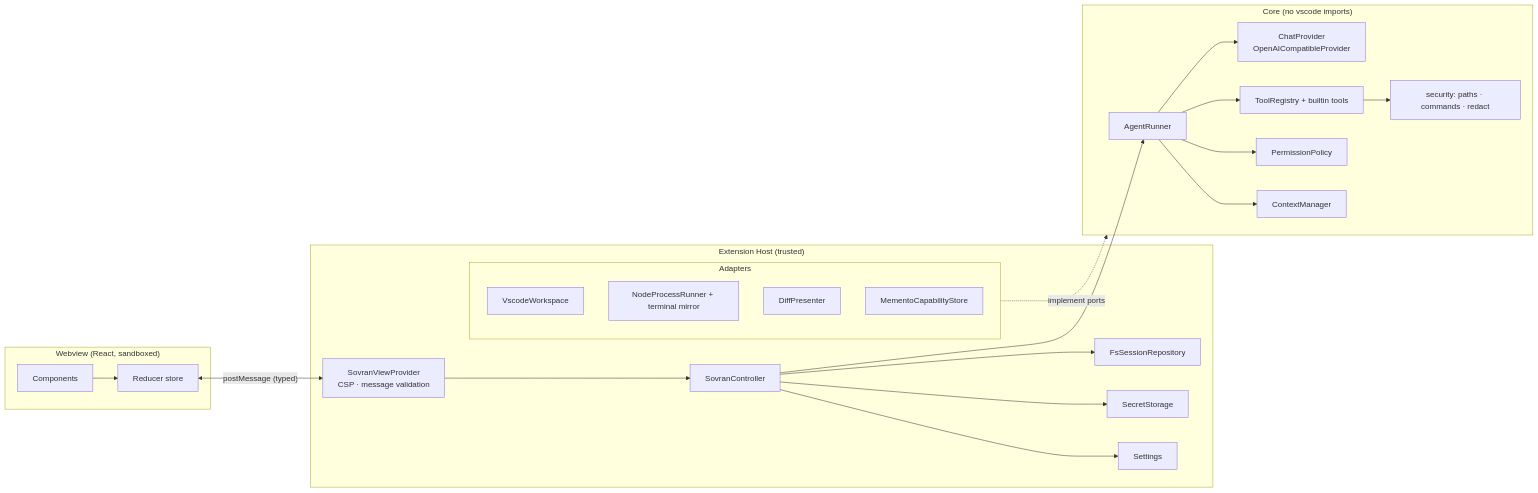
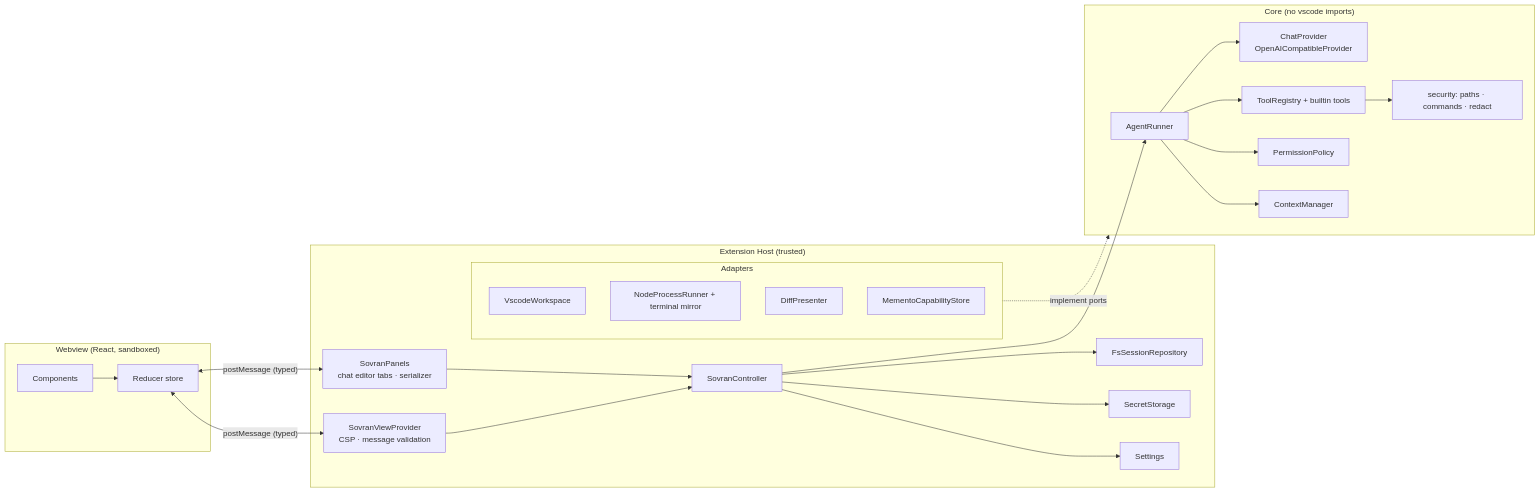
One commit to Minells/Sovran changed the first of 2 diagrams in docs/ARCHITECTURE.md. Above: the diagram before and after it, drawn with Mermaid. The commit also changed other lines of this file and 29 other files, not shown here.

````diff
--- a/docs/ARCHITECTURE.md
+++ b/docs/ARCHITECTURE.md
@@ -18,28 +18,30 @@
 ```mermaid
 flowchart LR
   subgraph Webview["Webview (React, sandboxed)"]
     UI[Components] --> Store[Reducer store]
   end
   subgraph Host["Extension Host (trusted)"]
     VP[SovranViewProvider<br/>CSP · message validation] --> CTRL[SovranController]
+    PN[SovranPanels<br/>chat editor tabs · serializer] --> CTRL
     CTRL --> REPO[FsSessionRepository]
     CTRL --> SEC[SecretStorage]
     CTRL --> CFG[Settings]
     subgraph Adapters
       WS[VscodeWorkspace]
       PR[NodeProcessRunner + terminal mirror]
       DP[DiffPresenter]
       CAP[MementoCapabilityStore]
     end
   end
   subgraph Core["Core (no vscode imports)"]
     AR[AgentRunner] --> PROV[ChatProvider<br/>OpenAICompatibleProvider]
     AR --> TR[ToolRegistry + builtin tools]
     AR --> POL[PermissionPolicy]
     AR --> CM[ContextManager]
     TR --> SECU[security: paths · commands · redact]
   end
   Store <-- "postMessage (typed)" --> VP
+  Store <-- "postMessage (typed)" --> PN
   CTRL --> AR
   Adapters -. implement ports .-> Core
 ```
````
